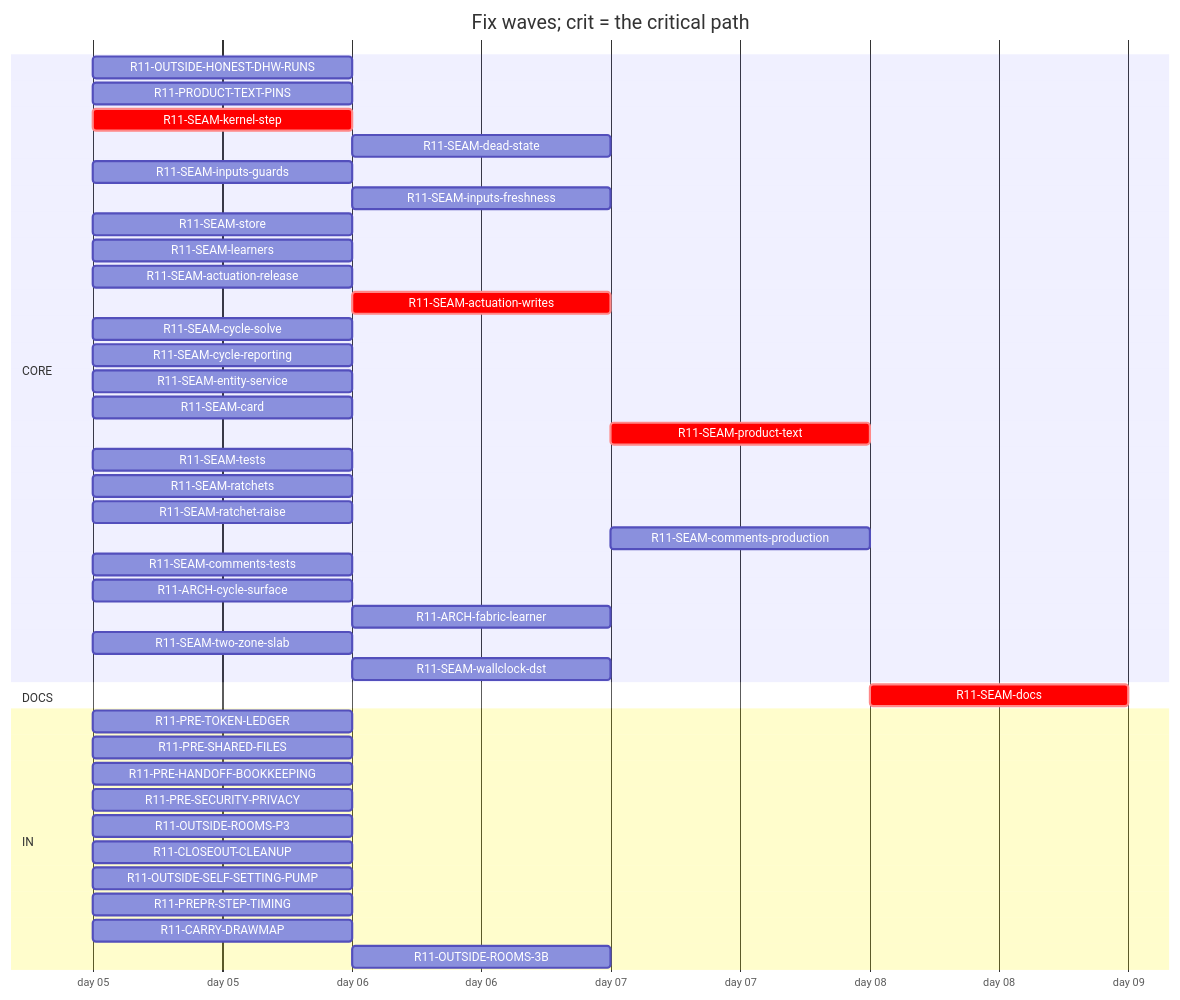
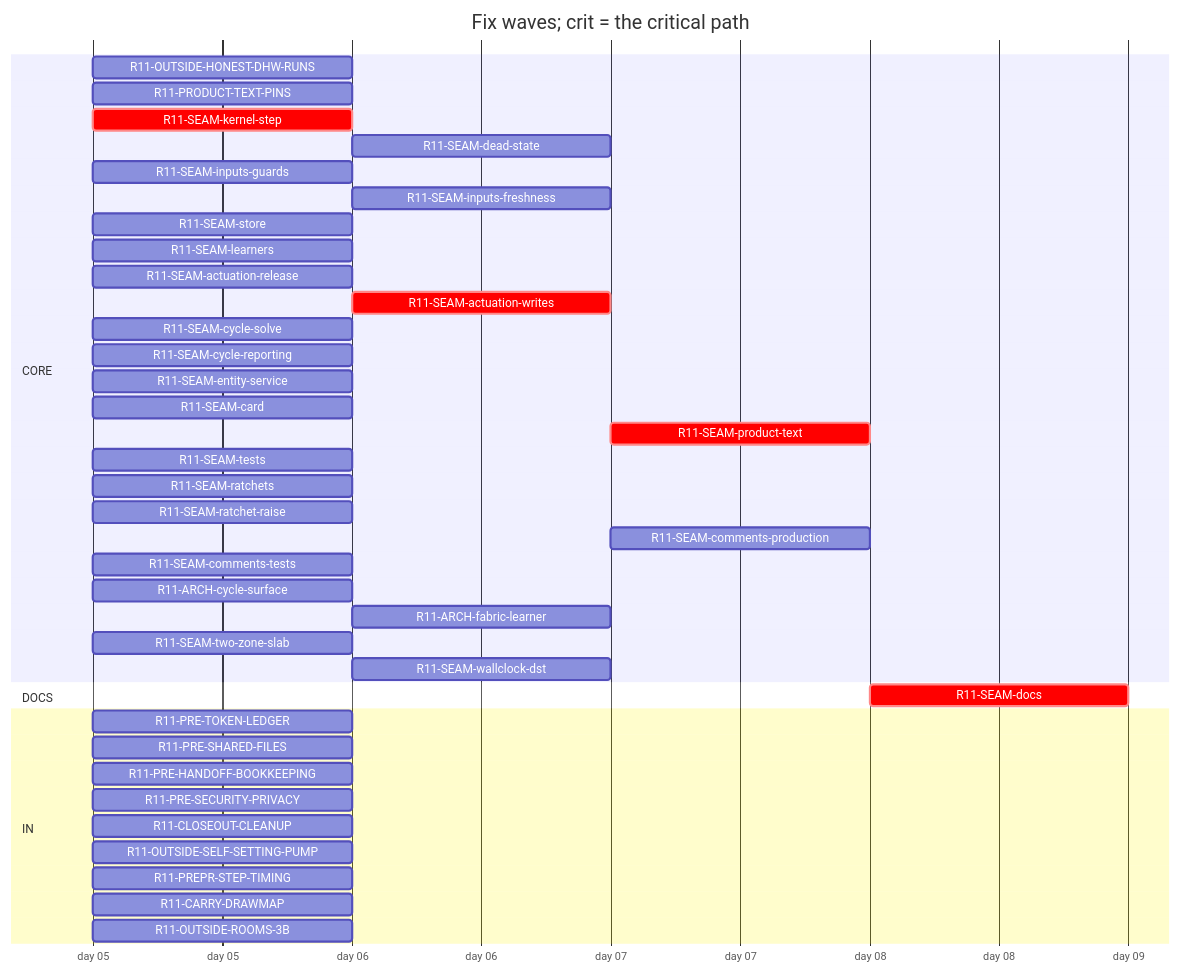
The diagram in handoff/round11/state/PLAN-TABLE.md (tvofi/heatpump_optimizer), drawn with Mermaid before and after one commit. The commit also changed other lines of this file and 4 other files, not shown here.

Commit message:
state: FLOW-BOARD.md, NEXT-SESSION-PROMPT.md, PLAN-TABLE.md, PLAN.html, RESUME-CURRENT.md regenerated (state_docs.py)

````diff
--- a/handoff/round11/state/PLAN-TABLE.md
+++ b/handoff/round11/state/PLAN-TABLE.md
@@ -16,44 +16,43 @@
 ```mermaid
 gantt
   title Fix waves; crit = the critical path
   dateFormat YYYY-MM-DD
   axisFormat day %d
   section CORE
     R11-OUTSIDE-HONEST-DHW-RUNS :r11OUTSIDEHONESTDHWRUNS, 2026-01-05, 1d
     R11-PRODUCT-TEXT-PINS :r11PRODUCTTEXTPINS, 2026-01-05, 1d
     R11-SEAM-kernel-step :crit, r11SEAMkernelstep, 2026-01-05, 1d
     R11-SEAM-dead-state :r11SEAMdeadstate, after r11SEAMstore, 1d
     R11-SEAM-inputs-guards :r11SEAMinputsguards, 2026-01-05, 1d
     R11-SEAM-inputs-freshness :r11SEAMinputsfreshness, after r11SEAMkernelstep, 1d
     R11-SEAM-store :r11SEAMstore, 2026-01-05, 1d
     R11-SEAM-learners :r11SEAMlearners, 2026-01-05, 1d
     R11-SEAM-actuation-release :r11SEAMactuationrelease, 2026-01-05, 1d
     R11-SEAM-actuation-writes :crit, r11SEAMactuationwrites, after r11SEAMkernelstep r11SEAMactuationrelease, 1d
     R11-SEAM-cycle-solve :r11SEAMcyclesolve, 2026-01-05, 1d
     R11-SEAM-cycle-reporting :r11SEAMcyclereporting, 2026-01-05, 1d
     R11-SEAM-entity-service :r11SEAMentityservice, 2026-01-05, 1d
     R11-SEAM-card :r11SEAMcard, 2026-01-05, 1d
     R11-SEAM-product-text :crit, r11SEAMproducttext, after r11SEAMactuationrelease r11SEAMactuationwrites r11SEAMentityservice r11SEAMinputsguards r11SEAMinputsfreshness r11SEAMcyclesolve r11SEAMcyclereporting, 1d
     R11-SEAM-tests :r11SEAMtests, 2026-01-05, 1d
     R11-SEAM-ratchets :r11SEAMratchets, 2026-01-05, 1d
     R11-SEAM-ratchet-raise :r11SEAMratchetraise, 2026-01-05, 1d
     R11-SEAM-comments-production :r11SEAMcommentsproduction, after r11SEAMactuationrelease r11SEAMactuationwrites r11SEAMentityservice r11SEAMinputsguards r11SEAMinputsfreshness r11SEAMcyclesolve r11SEAMcyclereporting, 1d
     R11-SEAM-comments-tests :r11SEAMcommentstests, 2026-01-05, 1d
     R11-ARCH-cycle-surface :r11ARCHcyclesurface, 2026-01-05, 1d
     R11-ARCH-fabric-learner :r11ARCHfabriclearner, after r11SEAMlearners, 1d
     R11-SEAM-two-zone-slab :r11SEAMtwozoneslab, 2026-01-05, 1d
     R11-SEAM-wallclock-dst :r11SEAMwallclockdst, after r11SEAMkernelstep, 1d
   section DOCS
     R11-SEAM-docs :crit, r11SEAMdocs, after r11SEAMlearners r11SEAMactuationrelease r11SEAMactuationwrites r11SEAMentityservice r11SEAMinputsguards r11SEAMinputsfreshness r11SEAMcyclesolve r11SEAMcyclereporting r11SEAMcard r11SEAMproducttext, 1d
   section IN
     R11-PRE-TOKEN-LEDGER :r11PRETOKENLEDGER, 2026-01-05, 1d
     R11-PRE-SHARED-FILES :r11PRESHAREDFILES, 2026-01-05, 1d
     R11-PRE-HANDOFF-BOOKKEEPING :r11PREHANDOFFBOOKKEEPING, 2026-01-05, 1d
     R11-PRE-SECURITY-PRIVACY :r11PRESECURITYPRIVACY, 2026-01-05, 1d
-    R11-OUTSIDE-ROOMS-P3 :r11OUTSIDEROOMSP3, 2026-01-05, 1d
     R11-CLOSEOUT-CLEANUP :r11CLOSEOUTCLEANUP, 2026-01-05, 1d
     R11-OUTSIDE-SELF-SETTING-PUMP :r11OUTSIDESELFSETTINGPUMP, 2026-01-05, 1d
     R11-PREPR-STEP-TIMING :r11PREPRSTEPTIMING, 2026-01-05, 1d
     R11-CARRY-DRAWMAP :r11CARRYDRAWMAP, 2026-01-05, 1d
-    R11-OUTSIDE-ROOMS-3B :r11OUTSIDEROOMS3B, after r11OUTSIDEROOMSP3, 1d
+    R11-OUTSIDE-ROOMS-3B :r11OUTSIDEROOMS3B, 2026-01-05, 1d
 ```
````
